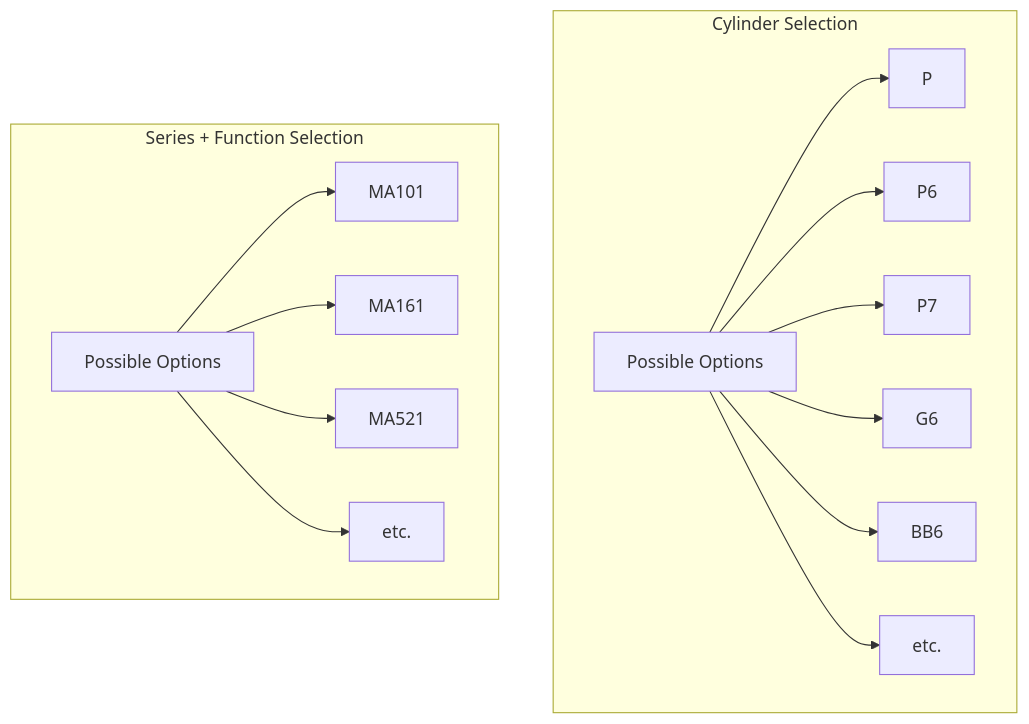
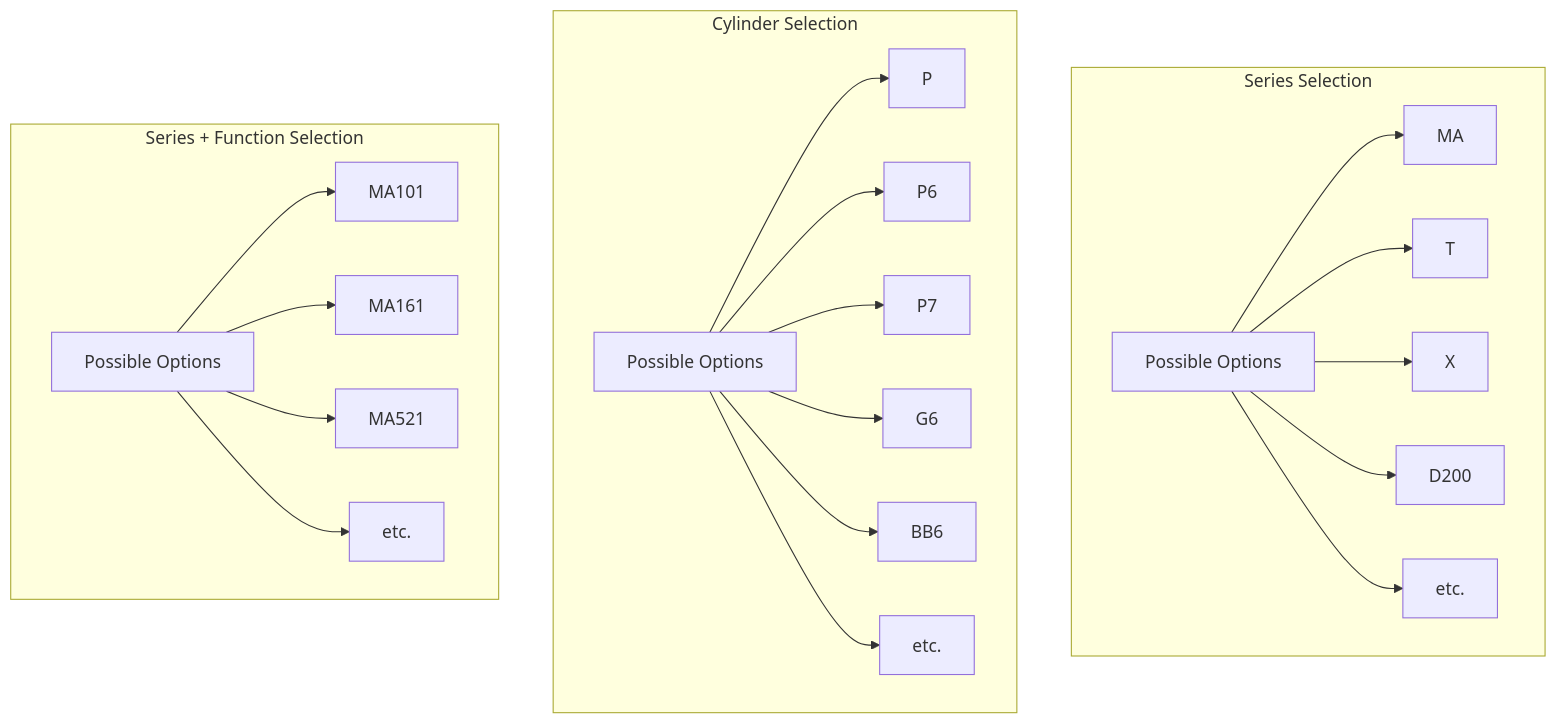
The sixth of 13 diagrams in README.md (alokdas81/diamond-pricebook-diagram), drawn with Mermaid before and after one commit.

Commit message:
readme updated

````diff
--- a/README.md
+++ b/README.md
@@ -381,35 +366,49 @@
 ```mermaid
 flowchart TD
 
+subgraph Series Selection
+G[Possible Options]
+MA
+T
+X
+D200
+J[etc.]
+end
+
+G --> MA
+G --> T
+G --> X
+G --> D200
+G --> J
 
 subgraph Cylinder Selection
 D[Possible Options]
 P
 P6
 P7
 G6
 BB6
 K[etc.]
 end
 
 subgraph Series + Function Selection
 A[Possible Options]
 B[MA101]
 C[MA161]
 I[MA521]
 L[etc.]
 end
 
 A --> B
 A --> C
 A --> I
 A --> L
 
 D --> P
 D --> P6
 D --> P7
 D --> G6
 D --> BB6
 D --> K
 
 ```
````
